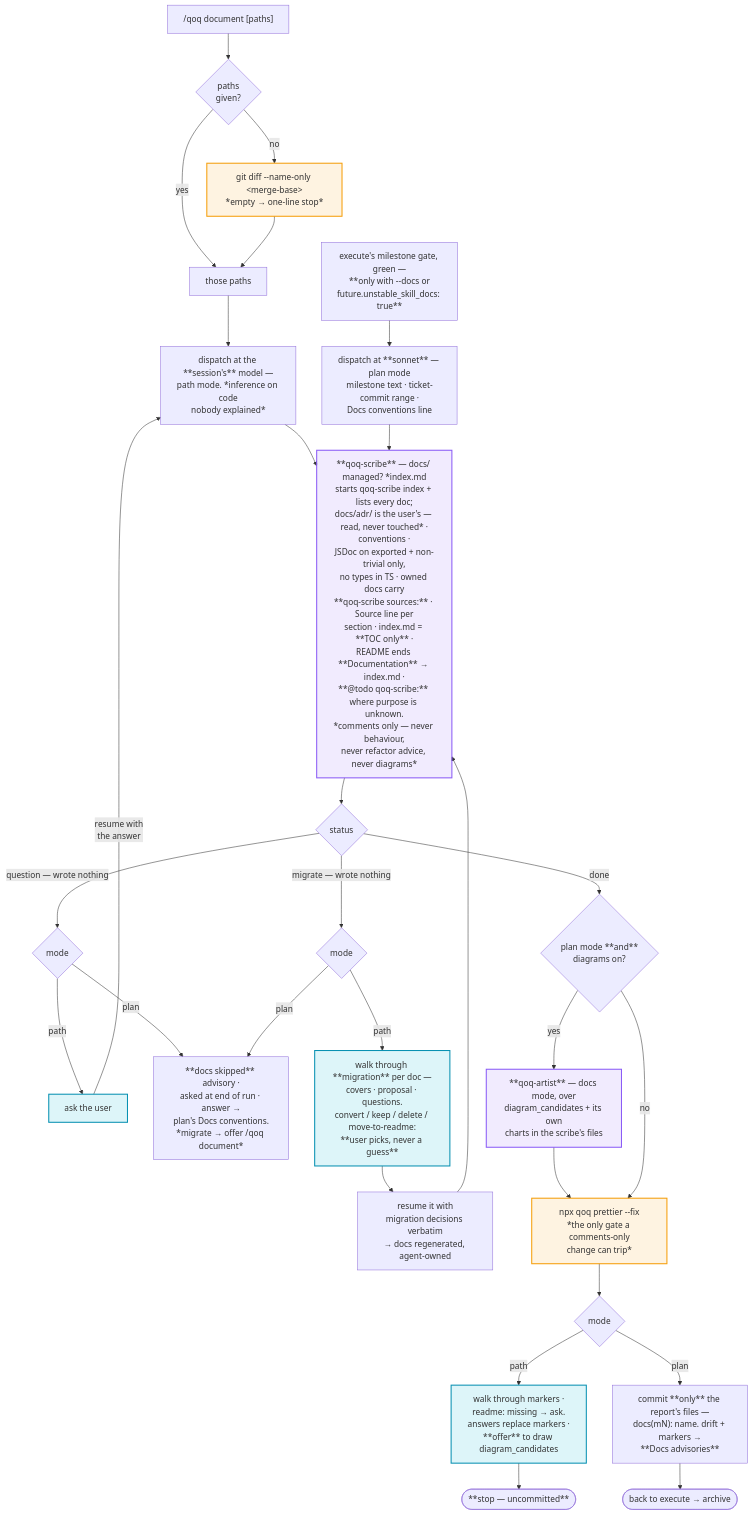
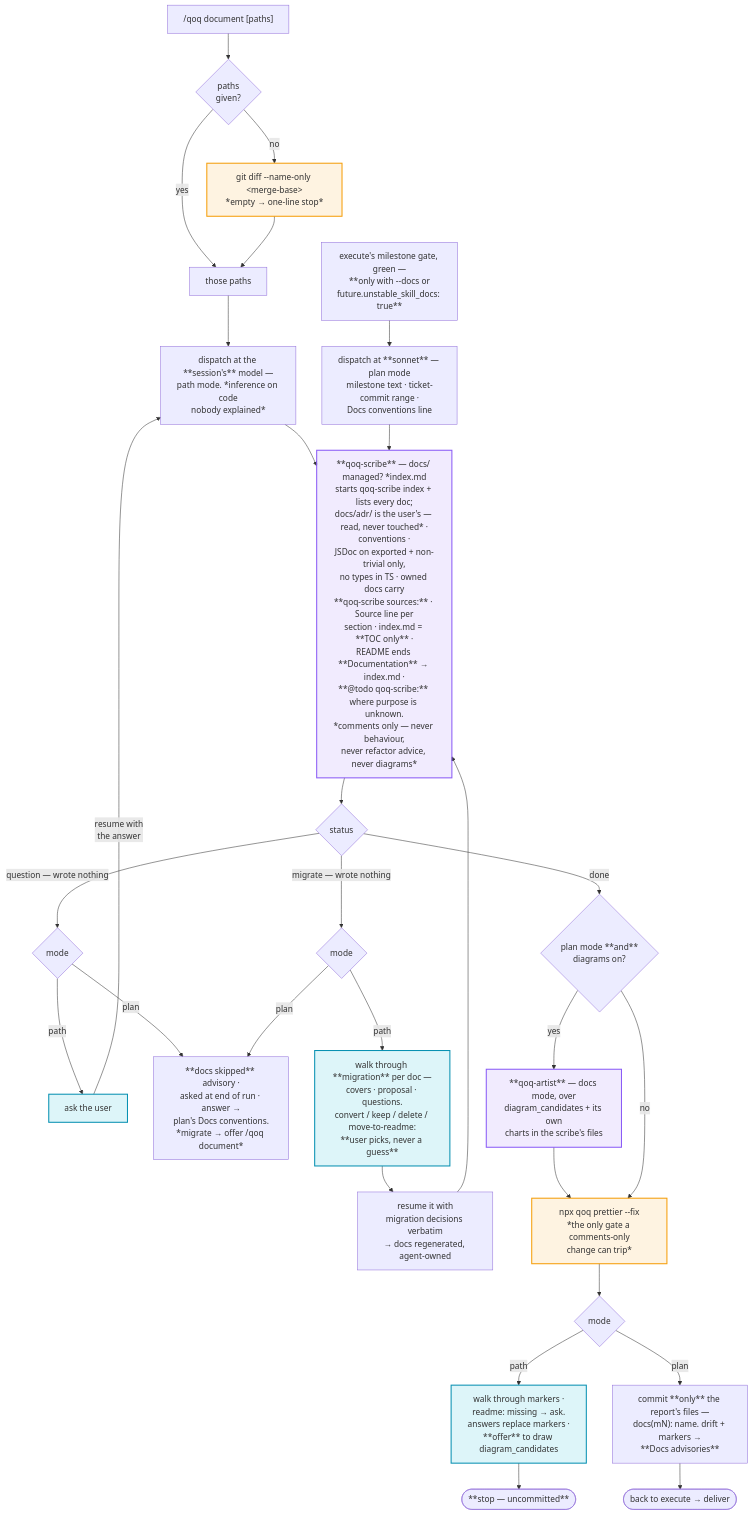
Diagram 11 of 14 in docs/qoq-workflows.md (ladamczyk-it/qoq), drawn with Mermaid before and after one commit. The commit also changed other lines of this file and 26 other files, not shown here.

````diff
--- a/docs/qoq-workflows.md
+++ b/docs/qoq-workflows.md
@@ -718,39 +720,39 @@
 ```mermaid
 flowchart TD
     DQ["/qoq document [paths]"] --> DSCOPE{"paths<br/>given?"}
     DSCOPE -->|yes| DLIST["those paths"]
     DSCOPE -->|no| DDEF["git diff --name-only &lt;merge-base&gt;<br/>*empty → one-line stop*"]
     DDEF --> DLIST
     DLIST --> DDISP
 
     DEXEC["execute's milestone gate, green —<br/>**only with --docs or<br/>future.unstable_skill_docs: true**"] --> DDISPP["dispatch at **sonnet** — plan mode<br/>milestone text · ticket-commit range ·<br/>Docs conventions line"]
 
     DDISP["dispatch at the **session's** model —<br/>path mode. *inference on code<br/>nobody explained*"] --> DSCRIBE
     DDISPP --> DSCRIBE
 
     DSCRIBE["**qoq-scribe** — docs/ managed? *index.md<br/>starts qoq-scribe index + lists every doc;<br/>docs/adr/ is the user's — read, never touched* ·<br/>conventions ·<br/>JSDoc on exported + non-trivial only,<br/>no types in TS · owned docs carry<br/>**qoq-scribe sources:** · Source line per<br/>section · index.md = **TOC only** ·<br/>README ends **Documentation** → index.md ·<br/>**@todo qoq-scribe:** where purpose is unknown.<br/>*comments only — never behaviour,<br/>never refactor advice, never diagrams*"]
     DSCRIBE --> DQS{"status"}
 
     DQS -->|"question — wrote nothing"| DMODE{"mode"}
     DMODE -->|path| DASK["ask the user"] -->|"resume with<br/>the answer"| DDISP
     DMODE -->|plan| DSKIP["**docs skipped** advisory ·<br/>asked at end of run · answer →<br/>plan's Docs conventions.<br/>*migrate → offer /qoq document*"]
 
     DQS -->|"migrate — wrote nothing"| DMMODE{"mode"}
     DMMODE -->|path| DMIG["walk through **migration** per doc —<br/>covers · proposal · questions.<br/>convert / keep / delete / move-to-readme:<br/>**user picks, never a guess**"] --> DDISPM["resume it with<br/>migration decisions verbatim<br/>→ docs regenerated, agent-owned"] --> DSCRIBE
     DMMODE -->|plan| DSKIP
 
     DQS -->|done| DARTQ{"plan mode **and**<br/>diagrams on?"}
     DARTQ -->|yes| DART["**qoq-artist** — docs mode, over<br/>diagram_candidates + its own<br/>charts in the scribe's files"] --> DFMT
     DARTQ -->|no| DFMT["npx qoq prettier --fix<br/>*the only gate a comments-only<br/>change can trip*"]
     DFMT --> DMODE2{"mode"}
     DMODE2 -->|path| DWALK["walk through markers ·<br/>readme: missing → ask.<br/>answers replace markers ·<br/>**offer** to draw diagram_candidates"] --> DSTOP(["**stop — uncommitted**"])
-    DMODE2 -->|plan| DCOMMIT["commit **only** the report's files —<br/>docs(mN): name. drift + markers →<br/>**Docs advisories**"] --> DARCH(["back to execute → archive"])
+    DMODE2 -->|plan| DCOMMIT["commit **only** the report's files —<br/>docs(mN): name. drift + markers →<br/>**Docs advisories**"] --> DARCH(["back to execute → deliver"])
 
     classDef agent fill:#8b5cf61f,stroke:#8b5cf6,stroke-width:2px
     classDef user fill:#06b6d422,stroke:#0891b2,stroke-width:2px
     classDef note fill:#f59e0b1f,stroke:#f59e0b,stroke-width:2px
 
     class DSCRIBE,DART agent
     class DASK,DWALK,DMIG user
     class DFMT,DDEF note
 ```
````
